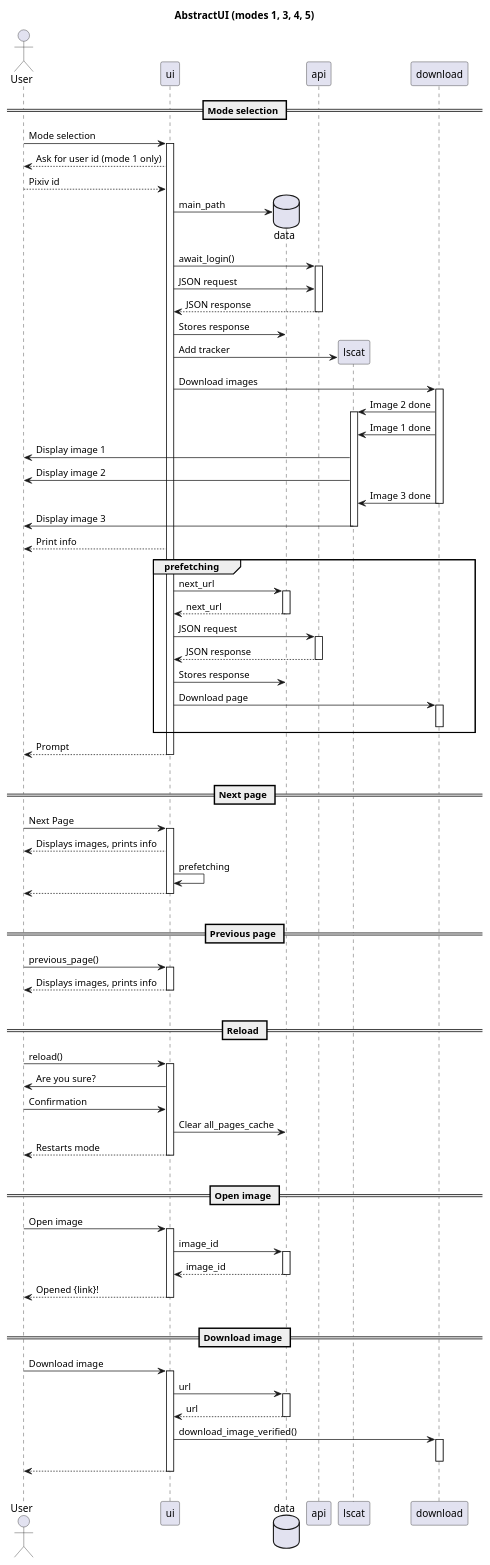
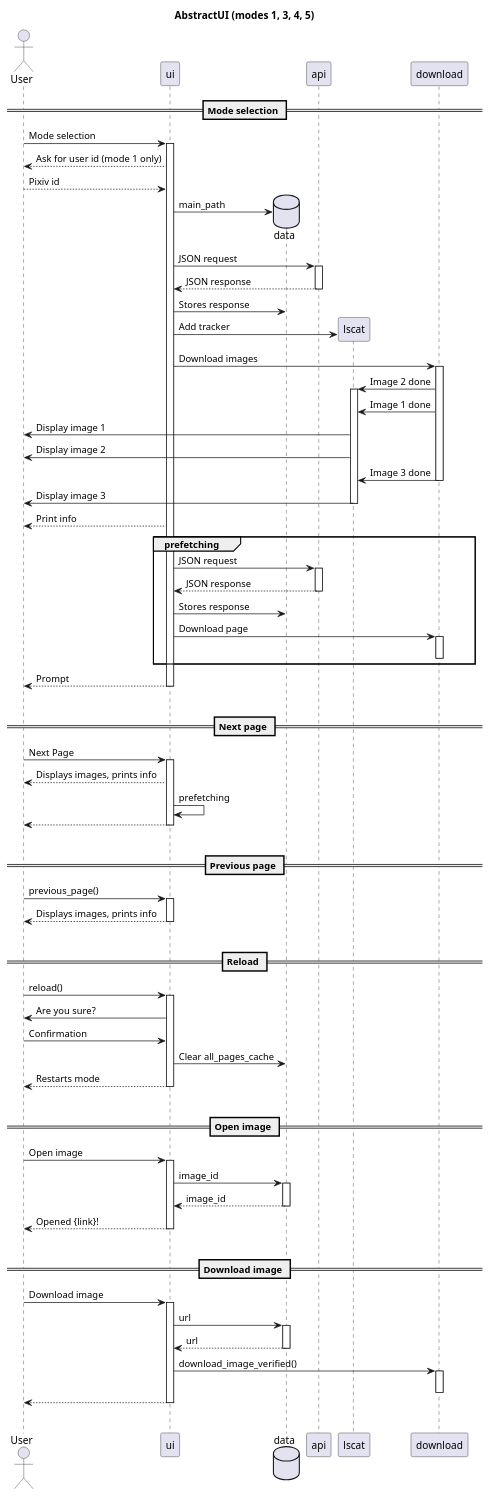
One commit to akazukin5151/koneko changed the diagram in puml/actors/abstractui.puml. Above: the diagram before and after it, drawn with PlantUML. The commit also changed 2 other files, not shown here.

Commit message:
Update AbstractUI actor diagram

```diff
--- a/puml/actors/abstractui.puml
+++ b/puml/actors/abstractui.puml
@@ -1,79 +1,76 @@
 @startuml
 title AbstractUI (modes 1, 3, 4, 5)
 
 actor User
 
 == Mode selection ==
 User -> ui ++: Mode selection
 ui --> User: Ask for user id (mode 1 only)
 User --> ui: Pixiv id
 database data
 create data
 ui -> data: main_path
-ui -> api ++: await_login()
-ui -> api: JSON request
+ui -> api ++: JSON request
 return JSON response
 ui -> data: Stores response
 create lscat
 ui -> lscat: Add tracker
 ui -> download: Download images
 activate download
 download -> lscat ++: Image 2 done
 download -> lscat: Image 1 done
 lscat -> User: Display image 1
 lscat -> User: Display image 2
 download -> lscat: Image 3 done
 deactivate download
 lscat -> User: Display image 3
 deactivate lscat
 ui --> User: Print info
 group prefetching
-    ui -> data ++: next_url
-    return next_url
     ui -> api ++: JSON request
     return JSON response
     ui -> data: Stores response
     ui -> download: Download page
     activate download
     deactivate download
 end
 return Prompt
 |||
 
 == Next page ==
 User -> ui ++: Next Page
 ui --> User: Displays images, prints info
 ui -> ui: prefetching
 return
 |||
 
 == Previous page ==
 User -> ui ++: previous_page()
 return Displays images, prints info
 |||
 
 == Reload ==
 User -> ui ++: reload()
 ui -> User: Are you sure?
 User -> ui: Confirmation
 ui -> data: Clear all_pages_cache
 return Restarts mode
 |||
 
 == Open image ==
 User -> ui ++: Open image
 ui -> data ++: image_id
 return image_id
 return Opened {link}!
 |||
 
 == Download image ==
 User -> ui ++: Download image
 ui -> data ++: url
 return url
 ui -> download: download_image_verified()
 activate download
 deactivate download
 return
 |||
 @enduml
```
